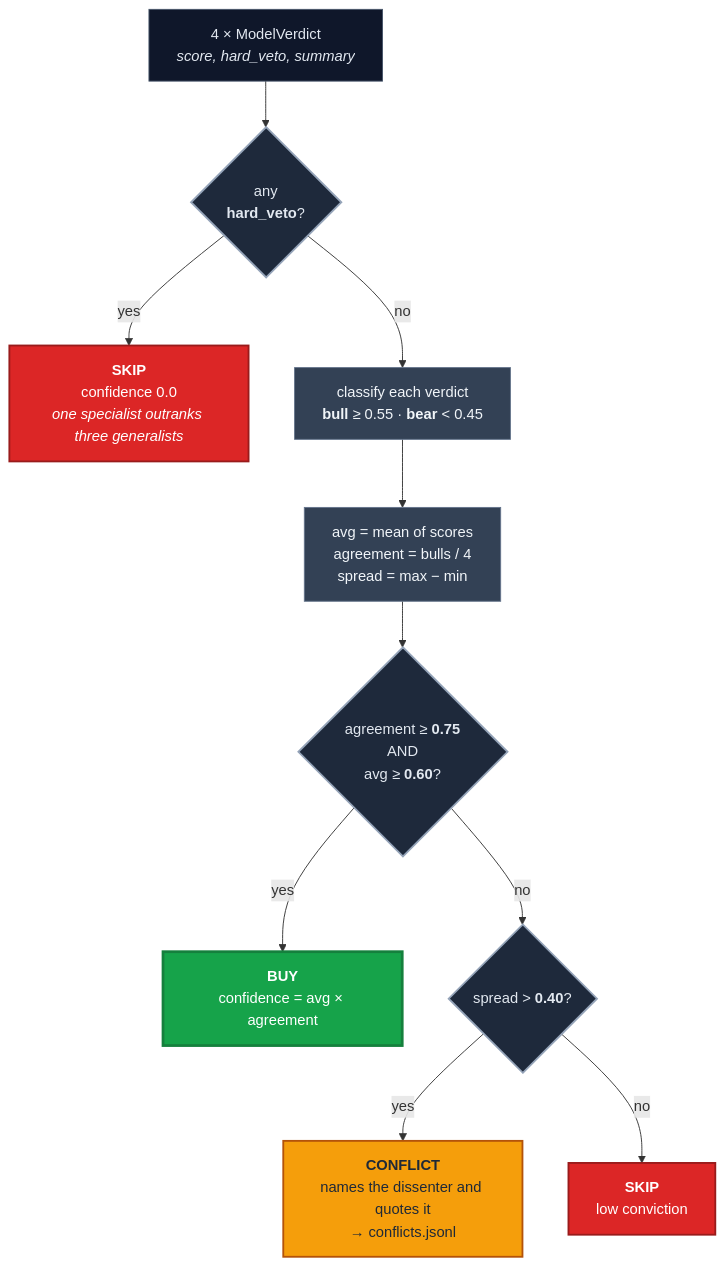
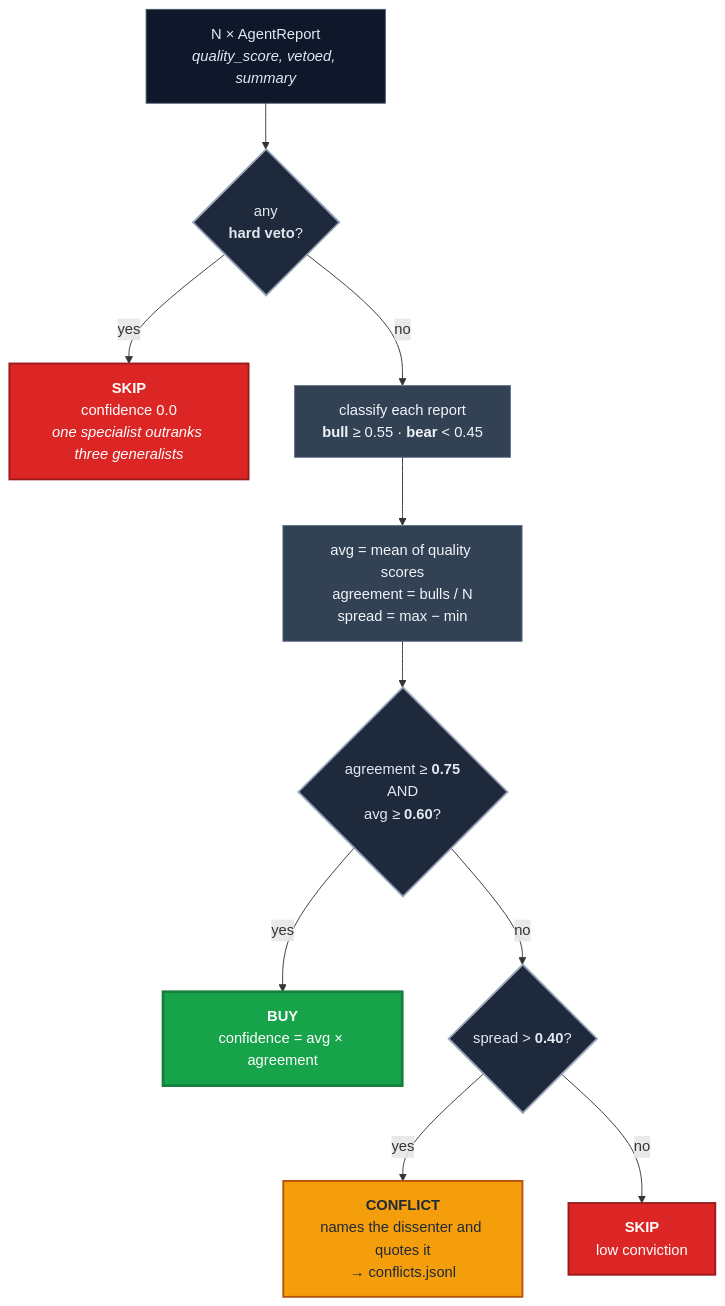
One commit to zostaff/grok-claude-gpt-gemini-trading-desk changed the fourth of 6 diagrams in README.md. Above: the diagram before and after it, drawn with Mermaid. The commit also changed other lines of this file and 87 other files, not shown here.

````diff
--- a/README.md
+++ b/README.md
@@ -173,23 +234,23 @@
 ```mermaid
 flowchart TD
-    IN["4 × ModelVerdict<br/><i>score, hard_veto, summary</i>"]:::in
+    IN["N × AgentReport<br/><i>quality_score, vetoed, summary</i>"]:::in
 
-    IN --> V{"any<br/><b>hard_veto</b>?"}:::gate
+    IN --> V{"any<br/><b>hard veto</b>?"}:::gate
     V -->|yes| SK1["<b>SKIP</b><br/>confidence 0.0<br/><i>one specialist outranks three generalists</i>"]:::bad
 
-    V -->|no| CL["classify each verdict<br/><b>bull</b> ≥ 0.55 · <b>bear</b> &lt; 0.45"]:::step
-    CL --> AGG["avg = mean of scores<br/>agreement = bulls / 4<br/>spread = max − min"]:::step
+    V -->|no| CL["classify each report<br/><b>bull</b> ≥ 0.55 · <b>bear</b> &lt; 0.45"]:::step
+    CL --> AGG["avg = mean of quality scores<br/>agreement = bulls / N<br/>spread = max − min"]:::step
 
     AGG --> Q1{"agreement ≥ <b>0.75</b><br/>AND<br/>avg ≥ <b>0.60</b>?"}:::gate
     Q1 -->|yes| BUY["<b>BUY</b><br/>confidence = avg × agreement"]:::good
     Q1 -->|no| Q2{"spread &gt; <b>0.40</b>?"}:::gate
     Q2 -->|yes| CF["<b>CONFLICT</b><br/>names the dissenter and quotes it<br/>→ conflicts.jsonl"]:::warn
     Q2 -->|no| SK2["<b>SKIP</b><br/>low conviction"]:::bad
 
     classDef in fill:#0f172a,stroke:#475569,color:#e2e8f0
     classDef step fill:#334155,stroke:#64748b,color:#f1f5f9
     classDef gate fill:#1e293b,stroke:#94a3b8,stroke-width:2px,color:#e2e8f0
     classDef good fill:#16a34a,stroke:#15803d,stroke-width:3px,color:#fff
     classDef warn fill:#f59e0b,stroke:#b45309,stroke-width:2px,color:#1f2937
     classDef bad fill:#dc2626,stroke:#991b1b,stroke-width:2px,color:#fff
 ```
````
